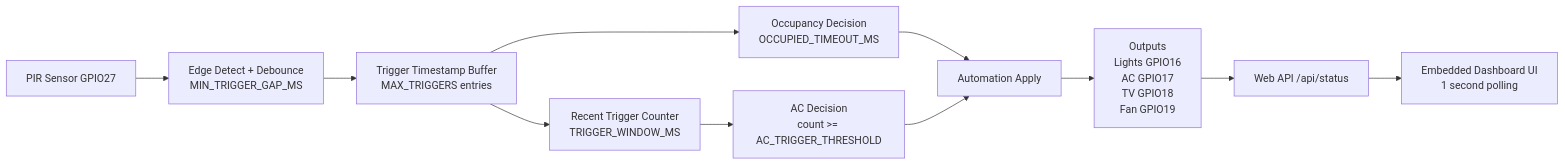
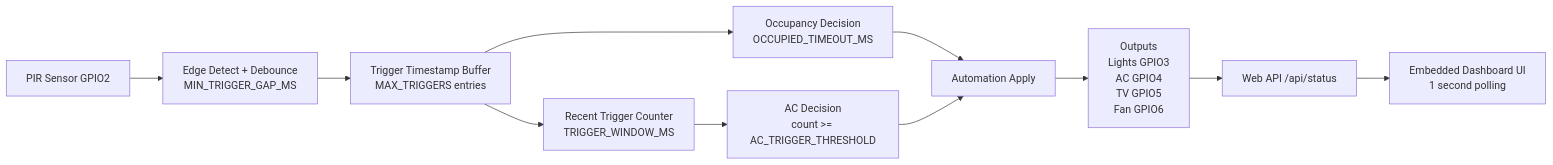
Before and after one commit to akbar-q/Embedded-Programming: the first of 2 diagrams in Occupancy IoT Server/README.md, drawn with Mermaid. The commit also changed other lines of this file and 1 other file, not shown here.

````diff
--- a/Occupancy IoT Server/README.md
+++ b/Occupancy IoT Server/README.md
@@ -166,21 +168,21 @@
 ```mermaid
 flowchart LR
-  PIR[PIR Sensor GPIO27]
+  PIR[PIR Sensor GPIO2]
   EDGE[Edge Detect + Debounce\nMIN_TRIGGER_GAP_MS]
   BUF[Trigger Timestamp Buffer\nMAX_TRIGGERS entries]
   OCC[Occupancy Decision\nOCCUPIED_TIMEOUT_MS]
   CNT[Recent Trigger Counter\nTRIGGER_WINDOW_MS]
   ACDEC[AC Decision\ncount >= AC_TRIGGER_THRESHOLD]
   AUTO[Automation Apply]
-  OUT[Outputs\nLights GPIO16\nAC GPIO17\nTV GPIO18\nFan GPIO19]
+  OUT[Outputs\nLights GPIO3\nAC GPIO4\nTV GPIO5\nFan GPIO6]
   API[Web API /api/status]
   UI[Embedded Dashboard UI\n1 second polling]
 
   PIR --> EDGE --> BUF
   BUF --> OCC
   BUF --> CNT --> ACDEC
   OCC --> AUTO
   ACDEC --> AUTO
   AUTO --> OUT
   OUT --> API --> UI
 ```
````
